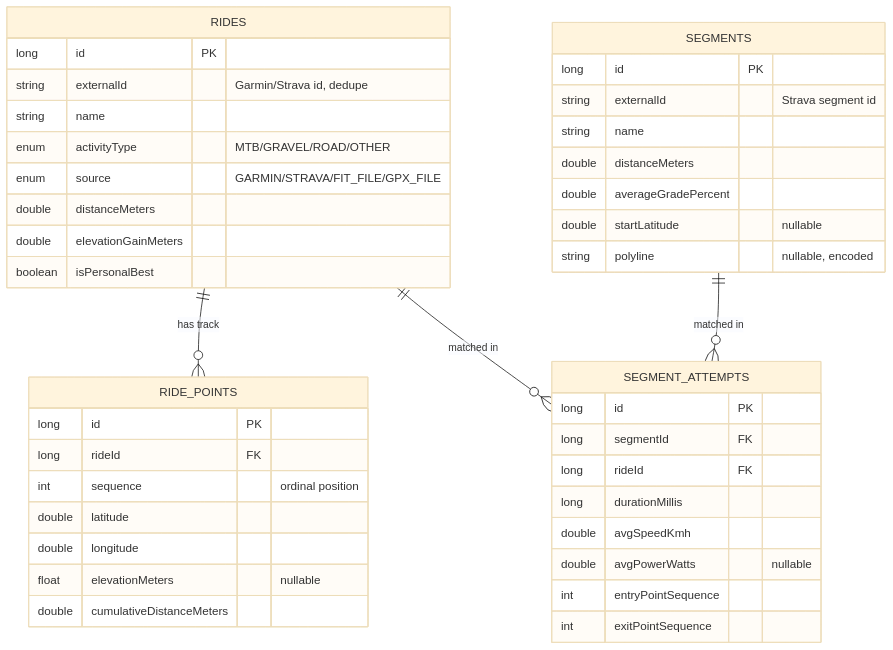
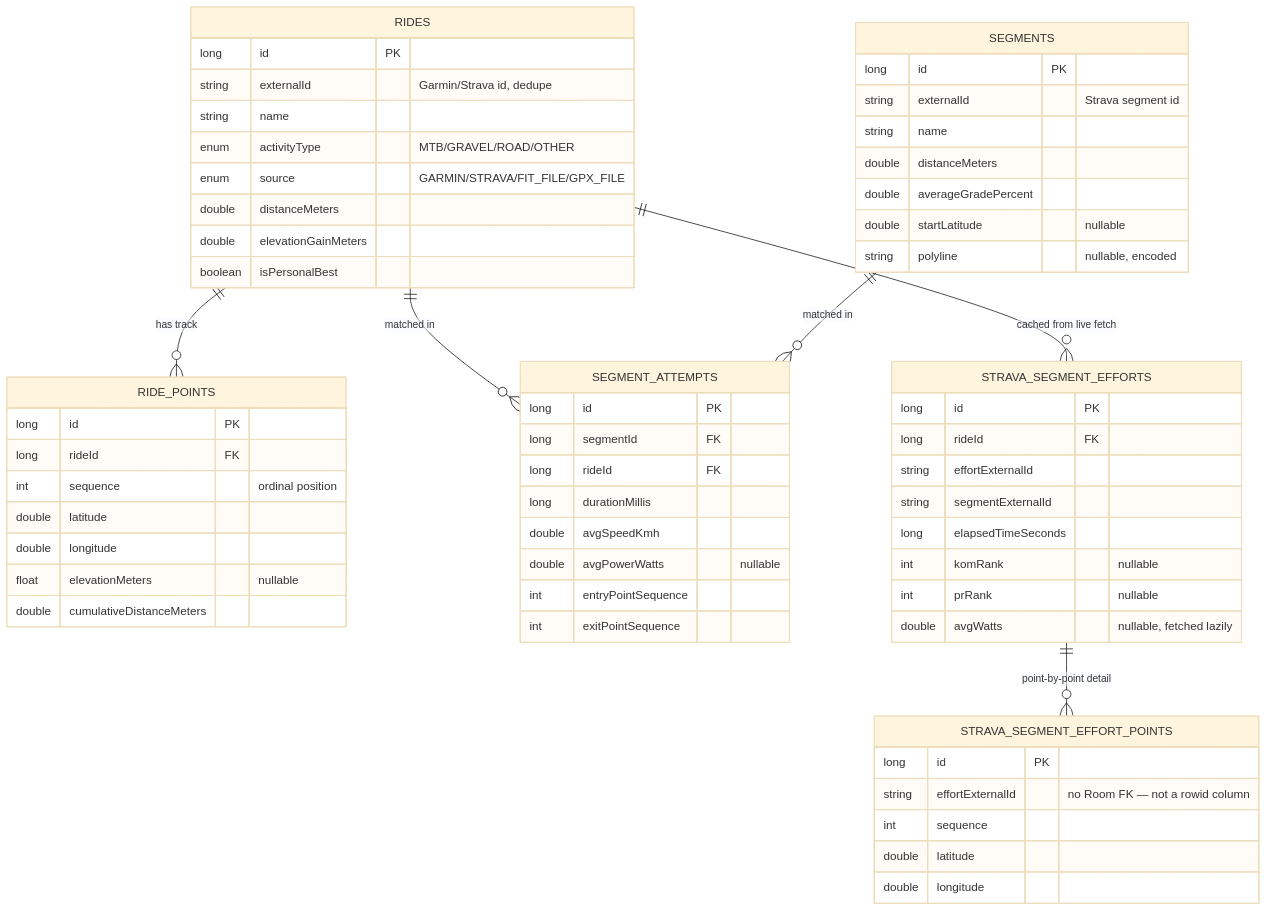
The second of 5 diagrams in ARCHITECTURE.md (japeko/SegmentAnalyzer), drawn with Mermaid (base theme) before and after one commit. The commit also changed other lines of this file and 1 other file, not shown here.

First line of the commit message:
Update README and ARCHITECTURE docs for recent features

````diff
--- a/ARCHITECTURE.md
+++ b/ARCHITECTURE.md
@@ -135,45 +135,64 @@
 ```mermaid
 erDiagram
     RIDES ||--o{ RIDE_POINTS : "has track"
     RIDES ||--o{ SEGMENT_ATTEMPTS : "matched in"
+    RIDES ||--o{ STRAVA_SEGMENT_EFFORTS : "cached from live fetch"
     SEGMENTS ||--o{ SEGMENT_ATTEMPTS : "matched in"
+    STRAVA_SEGMENT_EFFORTS ||--o{ STRAVA_SEGMENT_EFFORT_POINTS : "point-by-point detail"
 
     RIDES {
         long id PK
         string externalId "Garmin/Strava id, dedupe"
         string name
         enum activityType "MTB/GRAVEL/ROAD/OTHER"
         enum source "GARMIN/STRAVA/FIT_FILE/GPX_FILE"
         double distanceMeters
         double elevationGainMeters
         boolean isPersonalBest
     }
     RIDE_POINTS {
         long id PK
         long rideId FK
         int sequence "ordinal position"
         double latitude
         double longitude
         float elevationMeters "nullable"
         double cumulativeDistanceMeters
     }
     SEGMENTS {
         long id PK
         string externalId "Strava segment id"
         string name
         double distanceMeters
         double averageGradePercent
         double startLatitude "nullable"
         string polyline "nullable, encoded"
     }
     SEGMENT_ATTEMPTS {
         long id PK
         long segmentId FK
         long rideId FK
         long durationMillis
         double avgSpeedKmh
         double avgPowerWatts "nullable"
         int entryPointSequence
         int exitPointSequence
     }
+    STRAVA_SEGMENT_EFFORTS {
+        long id PK
+        long rideId FK
+        string effortExternalId
+        string segmentExternalId
+        long elapsedTimeSeconds
+        int komRank "nullable"
+        int prRank "nullable"
+        double avgWatts "nullable, fetched lazily"
+    }
+    STRAVA_SEGMENT_EFFORT_POINTS {
+        long id PK
+        string effortExternalId "no Room FK — not a rowid column"
+        int sequence
+        double latitude
+        double longitude
+    }
 ```
````
